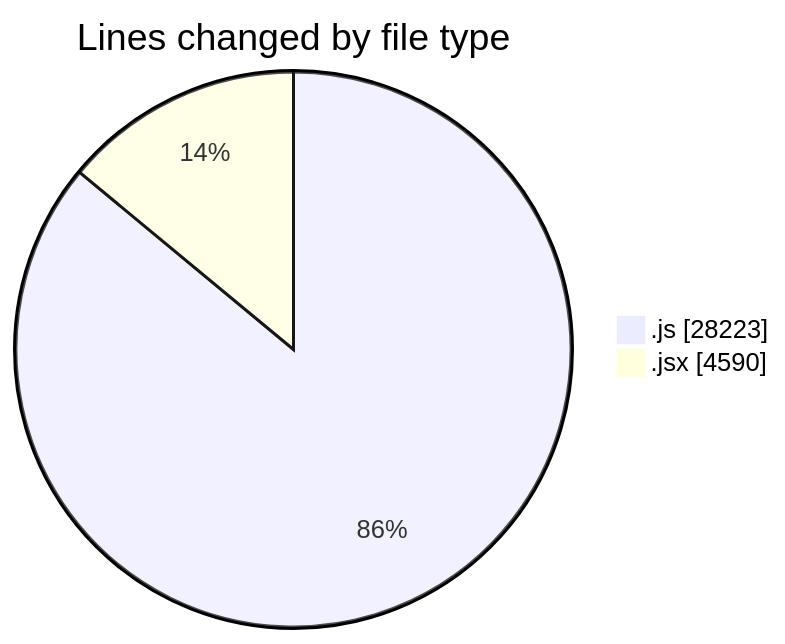
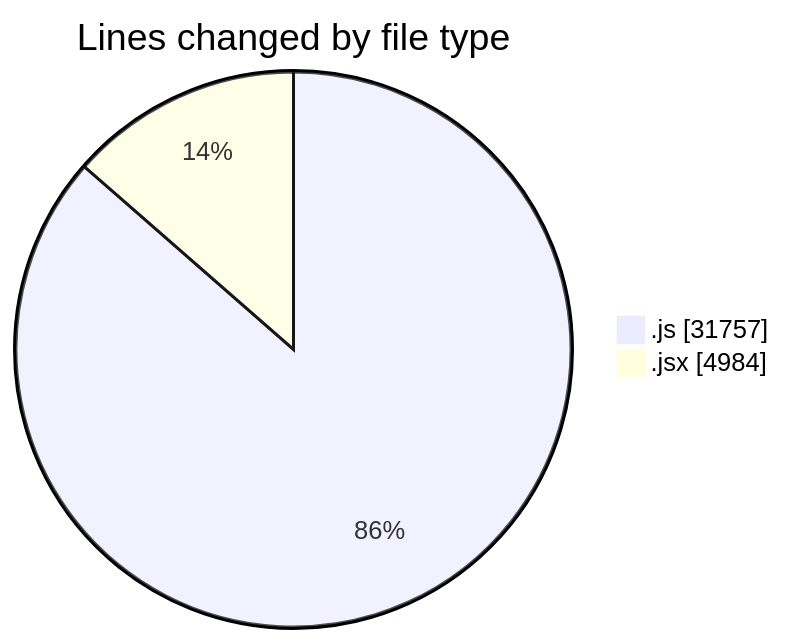
Before and after one commit to nxtqubesakshisongat/code-tracking: the first of 2 diagrams in 2025-09-30/nxtqube_webapp/README.md, drawn with Mermaid. The commit also changed other lines of this file and 1 other file, not shown here.

````diff
--- a/2025-09-30/nxtqube_webapp/README.md
+++ b/2025-09-30/nxtqube_webapp/README.md
@@ -25,6 +25,6 @@
 ```mermaid
 pie showData
 title Lines changed by file type
-".js" : 28223
-".jsx" : 4590
+".js" : 31757
+".jsx" : 4984
 ```
````
